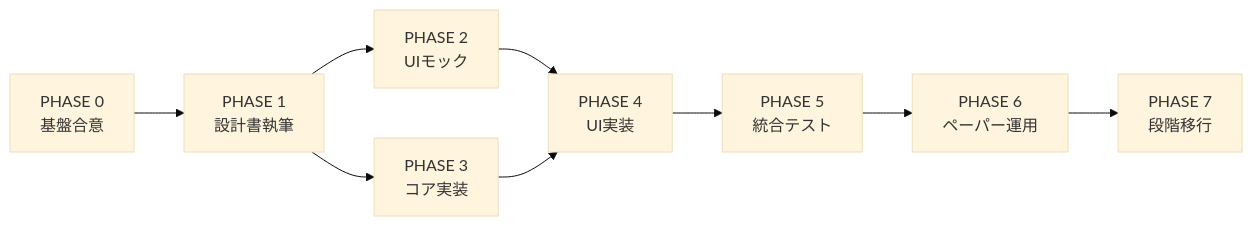
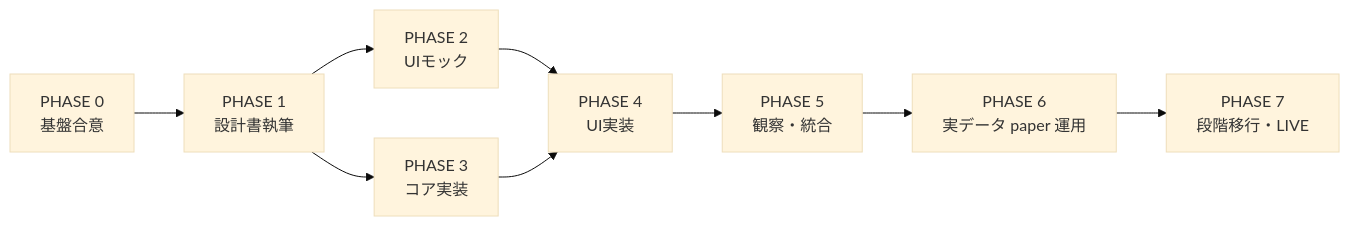
One commit to matrix9neonebuchadnezzar2199-sketch/YoRuu changed the second of 2 diagrams in docs/design/00_ROADMAP.md. Above: the diagram before and after it, drawn with Mermaid (base theme). The commit also changed other lines of this file and 3 other files, not shown here.

First line of the commit message:
docs(phase6): plan PHASE 6 roadmap and sync milestones

````diff
--- a/docs/design/00_ROADMAP.md
+++ b/docs/design/00_ROADMAP.md
@@ -253,11 +269,11 @@
 ```mermaid
 flowchart LR
     P0[PHASE 0<br>基盤合意] --> P1[PHASE 1<br>設計書執筆]
     P1 --> P2[PHASE 2<br>UIモック]
     P1 --> P3[PHASE 3<br>コア実装]
     P2 --> P4[PHASE 4<br>UI実装]
     P3 --> P4
-    P4 --> P5[PHASE 5<br>統合テスト]
-    P5 --> P6[PHASE 6<br>ペーパー運用]
-    P6 --> P7[PHASE 7<br>段階移行]
+    P4 --> P5[PHASE 5<br>観察・統合]
+    P5 --> P6[PHASE 6<br>実データ paper 運用]
+    P6 --> P7[PHASE 7<br>段階移行・LIVE]
 ```
````
